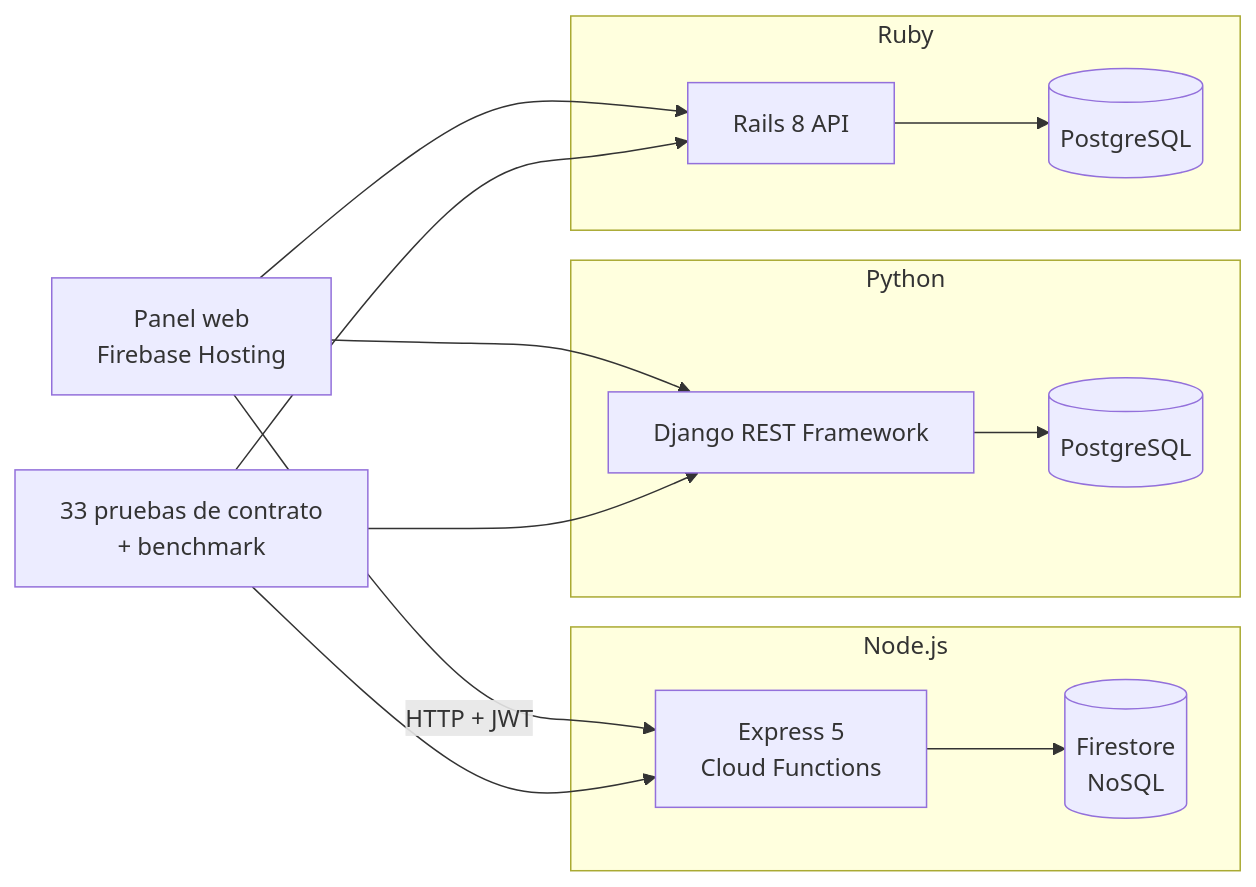
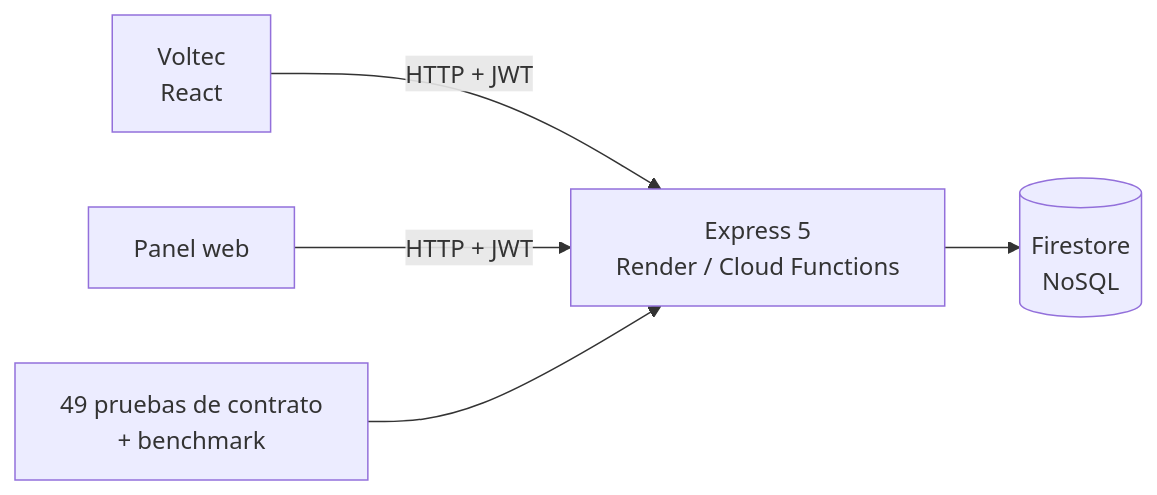
Before and after one commit to G2w1n/apis: the first of 2 diagrams in README.md, drawn with Mermaid. The commit also changed other lines of this file and 1899 other files, not shown here.

First line of the commit message:
Quitar Django y Rails: el proyecto queda solo con Express + Firebase

````diff
--- a/README.md
+++ b/README.md
@@ -50,16 +45,7 @@
 ```mermaid
 flowchart LR
-    P[Panel web<br/>Firebase Hosting] -->|HTTP + JWT| E
-    P --> D
-    P --> R
-    T[33 pruebas de contrato<br/>+ benchmark] --> E & D & R
-    subgraph Node.js
-      E[Express 5<br/>Cloud Functions] --> F[(Firestore<br/>NoSQL)]
-    end
-    subgraph Python
-      D[Django REST Framework] --> PG1[(PostgreSQL)]
-    end
-    subgraph Ruby
-      R[Rails 8 API] --> PG2[(PostgreSQL)]
-    end
+    V[Voltec<br/>React] -->|HTTP + JWT| E
+    P[Panel web] -->|HTTP + JWT| E
+    T[49 pruebas de contrato<br/>+ benchmark] --> E
+    E[Express 5<br/>Render / Cloud Functions] --> F[(Firestore<br/>NoSQL)]
 ```
````
